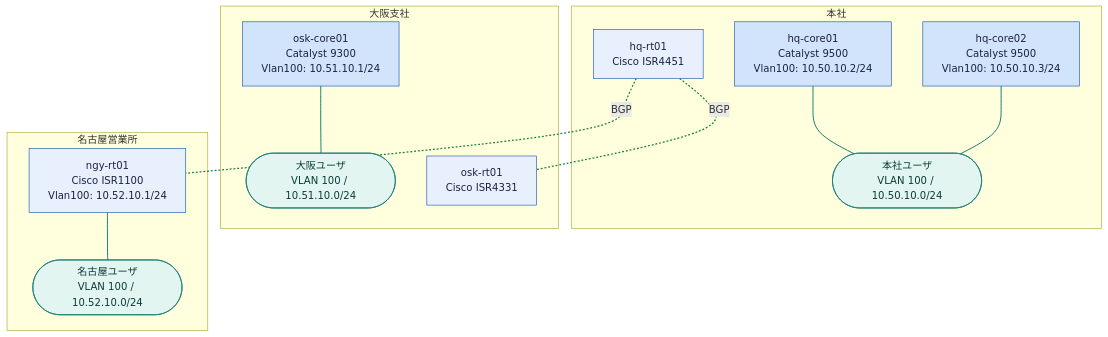
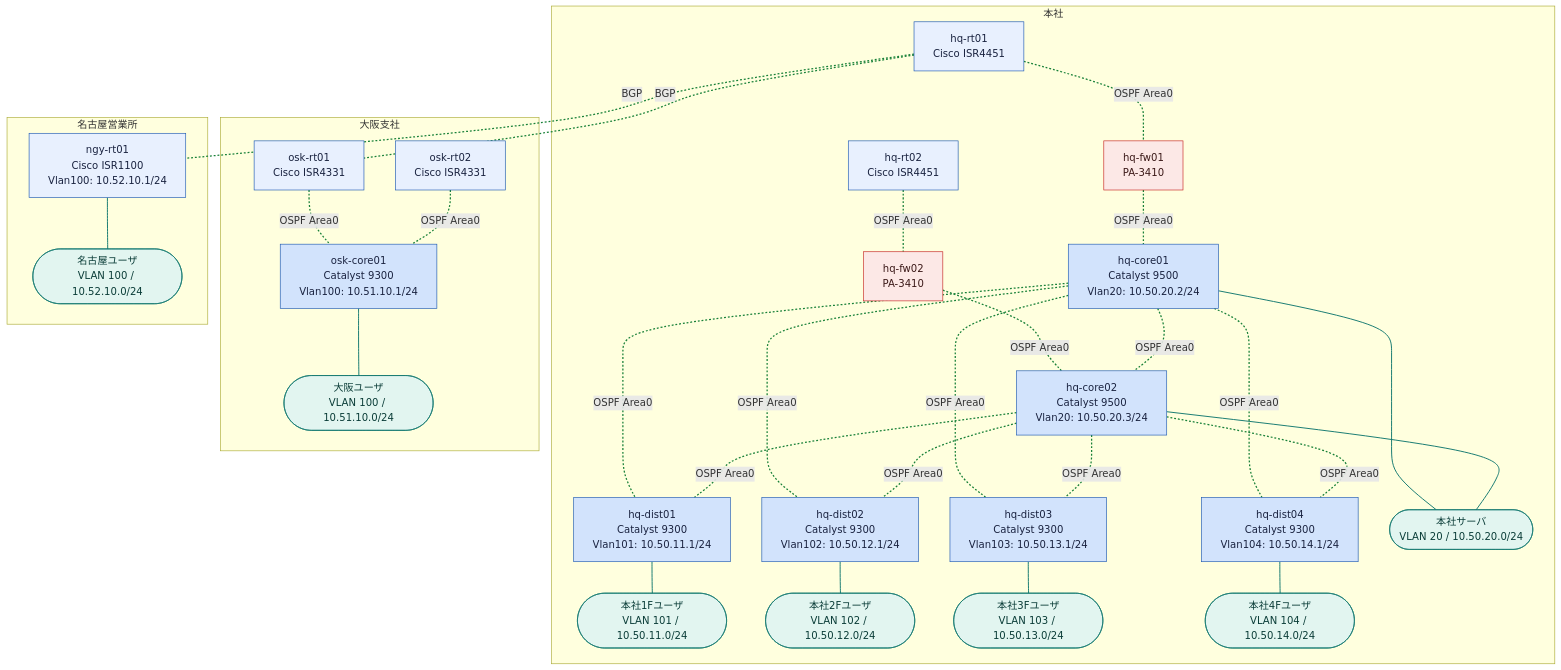
One commit to thinas1115/nwdsl changed the diagram in examples/scale-50/generated/logical-all.mmd. Above: the diagram before and after it, drawn with Mermaid. The commit also changed 5 other files, not shown here.

```diff
--- a/examples/scale-50/generated/logical-all.mmd
+++ b/examples/scale-50/generated/logical-all.mmd
@@ -1,39 +1,71 @@
 flowchart TB
   subgraph sg_hq["本社"]
     hq_rt01["hq-rt01<br>Cisco ISR4451"]
-    hq_core01["hq-core01<br>Catalyst 9500<br>Vlan100: 10.50.10.2/24"]
-    hq_core02["hq-core02<br>Catalyst 9500<br>Vlan100: 10.50.10.3/24"]
-    seg__hq_lan(["本社ユーザ<br>VLAN 100 / 10.50.10.0/24"])
+    hq_fw01["hq-fw01<br>PA-3410"]
+    hq_rt02["hq-rt02<br>Cisco ISR4451"]
+    hq_fw02["hq-fw02<br>PA-3410"]
+    hq_core01["hq-core01<br>Catalyst 9500<br>Vlan20: 10.50.20.2/24"]
+    hq_core02["hq-core02<br>Catalyst 9500<br>Vlan20: 10.50.20.3/24"]
+    hq_dist01["hq-dist01<br>Catalyst 9300<br>Vlan101: 10.50.11.1/24"]
+    hq_dist02["hq-dist02<br>Catalyst 9300<br>Vlan102: 10.50.12.1/24"]
+    hq_dist03["hq-dist03<br>Catalyst 9300<br>Vlan103: 10.50.13.1/24"]
+    hq_dist04["hq-dist04<br>Catalyst 9300<br>Vlan104: 10.50.14.1/24"]
+    seg__hq_srv(["本社サーバ<br>VLAN 20 / 10.50.20.0/24"])
+    seg__hq_fl1(["本社1Fユーザ<br>VLAN 101 / 10.50.11.0/24"])
+    seg__hq_fl2(["本社2Fユーザ<br>VLAN 102 / 10.50.12.0/24"])
+    seg__hq_fl3(["本社3Fユーザ<br>VLAN 103 / 10.50.13.0/24"])
+    seg__hq_fl4(["本社4Fユーザ<br>VLAN 104 / 10.50.14.0/24"])
   end
   subgraph sg_osk["大阪支社"]
     osk_rt01["osk-rt01<br>Cisco ISR4331"]
     osk_core01["osk-core01<br>Catalyst 9300<br>Vlan100: 10.51.10.1/24"]
+    osk_rt02["osk-rt02<br>Cisco ISR4331"]
     seg__osk_lan(["大阪ユーザ<br>VLAN 100 / 10.51.10.0/24"])
   end
   subgraph sg_ngy["名古屋営業所"]
     ngy_rt01["ngy-rt01<br>Cisco ISR1100<br>Vlan100: 10.52.10.1/24"]
     seg__ngy_lan(["名古屋ユーザ<br>VLAN 100 / 10.52.10.0/24"])
   end
+  hq_rt01 ---|"OSPF Area0"| hq_fw01
+  hq_rt02 ---|"OSPF Area0"| hq_fw02
+  hq_fw01 ---|"OSPF Area0"| hq_core01
+  hq_fw02 ---|"OSPF Area0"| hq_core02
+  hq_core01 ---|"OSPF Area0"| hq_core02
+  hq_core01 ---|"OSPF Area0"| hq_dist01
+  hq_core02 ---|"OSPF Area0"| hq_dist01
+  hq_core01 ---|"OSPF Area0"| hq_dist02
+  hq_core02 ---|"OSPF Area0"| hq_dist02
+  hq_core01 ---|"OSPF Area0"| hq_dist03
+  hq_core02 ---|"OSPF Area0"| hq_dist03
+  hq_core01 ---|"OSPF Area0"| hq_dist04
+  hq_core02 ---|"OSPF Area0"| hq_dist04
+  osk_rt01 ---|"OSPF Area0"| osk_core01
+  osk_rt02 ---|"OSPF Area0"| osk_core01
   hq_rt01 ---|"BGP"| osk_rt01
   hq_rt01 ---|"BGP"| ngy_rt01
-  hq_core01 --- seg__hq_lan
-  hq_core02 --- seg__hq_lan
+  hq_core01 --- seg__hq_srv
+  hq_core02 --- seg__hq_srv
   osk_core01 --- seg__osk_lan
   ngy_rt01 --- seg__ngy_lan
+  hq_dist01 --- seg__hq_fl1
+  hq_dist02 --- seg__hq_fl2
+  hq_dist03 --- seg__hq_fl3
+  hq_dist04 --- seg__hq_fl4
 
   classDef node_dim fill:#f8f9fa,stroke:#dadce0,color:#bdc1c6
   classDef node_failed fill:#fce8e6,stroke:#c5221f,color:#3c1a19
   classDef role_router fill:#e8f0fe,stroke:#1a56b0,color:#1a2340
   classDef role_l3switch fill:#d2e3fc,stroke:#1a56b0,color:#1a2340
   classDef role_l2switch fill:#e6f4ea,stroke:#137333,color:#1a2e1f
   classDef role_firewall fill:#fce8e6,stroke:#c5221f,color:#3c1a19
   classDef role_other fill:#f1f3f4,stroke:#5f6368,color:#202124
   classDef node_cloud fill:#f1f3f4,stroke:#5f6368,color:#202124
   classDef node_site fill:#fff8e1,stroke:#b58105,color:#4a3a08
   classDef node_segment fill:#e2f5f0,stroke:#0f766e,color:#0b3d38
   classDef node_external fill:#ffffff,stroke:#9aa0a6,stroke-dasharray:3 3,color:#5f6368
-  class hq_rt01,osk_rt01,ngy_rt01 role_router
-  class hq_core01,hq_core02,osk_core01 role_l3switch
-  class seg__hq_lan,seg__osk_lan,seg__ngy_lan node_segment
-  linkStyle 0,1 stroke:#188038,stroke-width:2px,stroke-dasharray:3 3
-  linkStyle 2,3,4,5 stroke:#0f766e,stroke-width:1.5px
+  class hq_rt01,hq_rt02,osk_rt01,osk_rt02,ngy_rt01 role_router
+  class hq_fw01,hq_fw02 role_firewall
+  class hq_core01,hq_core02,hq_dist01,hq_dist02,hq_dist03,hq_dist04,osk_core01 role_l3switch
+  class seg__hq_srv,seg__osk_lan,seg__ngy_lan,seg__hq_fl1,seg__hq_fl2,seg__hq_fl3,seg__hq_fl4 node_segment
+  linkStyle 0,1,2,3,4,5,6,7,8,9,10,11,12,13,14,15,16 stroke:#188038,stroke-width:2px,stroke-dasharray:3 3
+  linkStyle 17,18,19,20,21,22,23,24 stroke:#0f766e,stroke-width:1.5px
```
